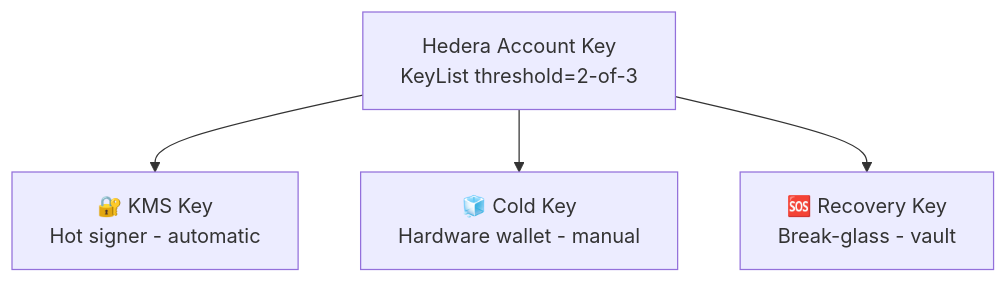
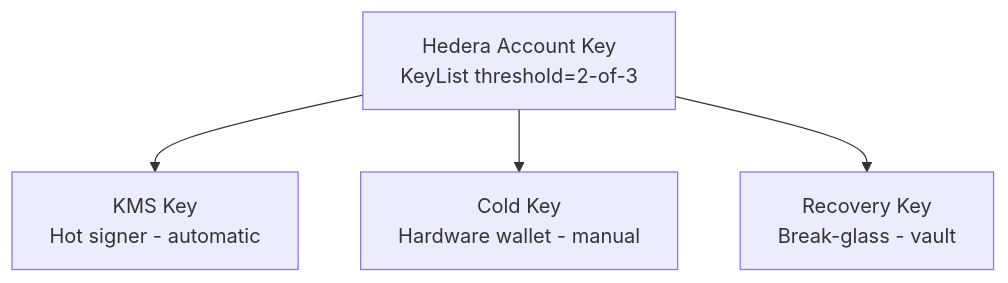
Before and after one commit to umarhashmi2002/hedera-kms-signer: the ninth of 13 diagrams in README.md, drawn with Mermaid. The commit also changed other lines of this file and 3 other files, not shown here.

````diff
--- a/README.md
+++ b/README.md
@@ -264,7 +264,7 @@
 ```mermaid
 graph TD
     Account[Hedera Account Key<br/>KeyList threshold=2-of-3]
-    Account --> K1[🔐 KMS Key<br/>Hot signer - automatic]
-    Account --> K2[🧊 Cold Key<br/>Hardware wallet - manual]
-    Account --> K3[🆘 Recovery Key<br/>Break-glass - vault]
+    Account --> K1[KMS Key<br/>Hot signer - automatic]
+    Account --> K2[Cold Key<br/>Hardware wallet - manual]
+    Account --> K3[Recovery Key<br/>Break-glass - vault]
 ```
````
